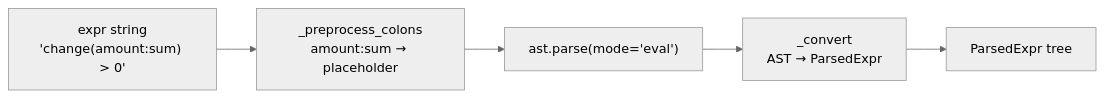
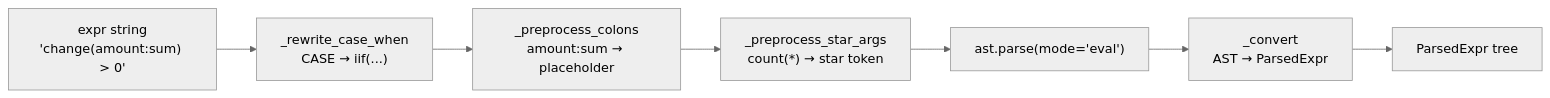
One commit to MotleyAI/slayer changed the first of 2 diagrams in docs/architecture/parsing.md. Above: the diagram before and after it, drawn with Mermaid (neutral theme). The commit also changed other lines of this file and 50 other files, not shown here.

````diff
--- a/docs/architecture/parsing.md
+++ b/docs/architecture/parsing.md
@@ -12,7 +14,9 @@
 ```mermaid
 flowchart LR
-    text["expr string<br/>'change(amount:sum) > 0'"] --> pp["_preprocess_colons<br/>amount:sum → placeholder"]
-    pp --> ast["ast.parse(mode='eval')"]
+    text["expr string<br/>'change(amount:sum) > 0'"] --> cw["_rewrite_case_when<br/>CASE → iif(...)"]
+    cw --> pp["_preprocess_colons<br/>amount:sum → placeholder"]
+    pp --> star["_preprocess_star_args<br/>count(*) → star token"]
+    star --> ast["ast.parse(mode='eval')"]
     ast --> conv["_convert<br/>AST → ParsedExpr"]
     conv --> tree["ParsedExpr tree"]
 ```
````
